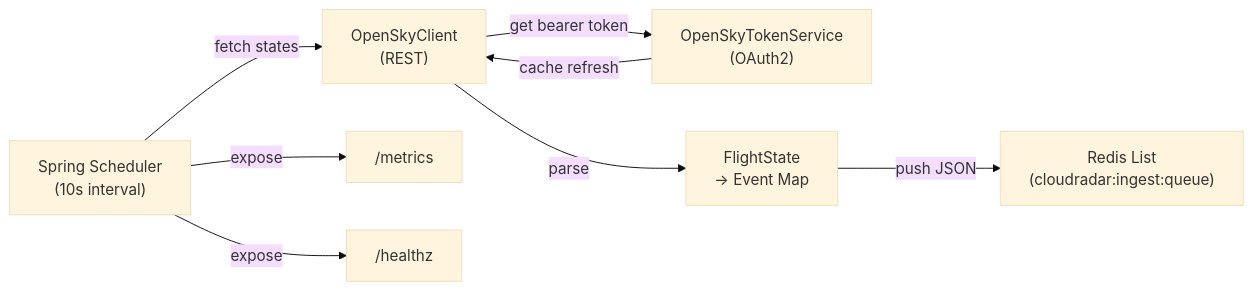
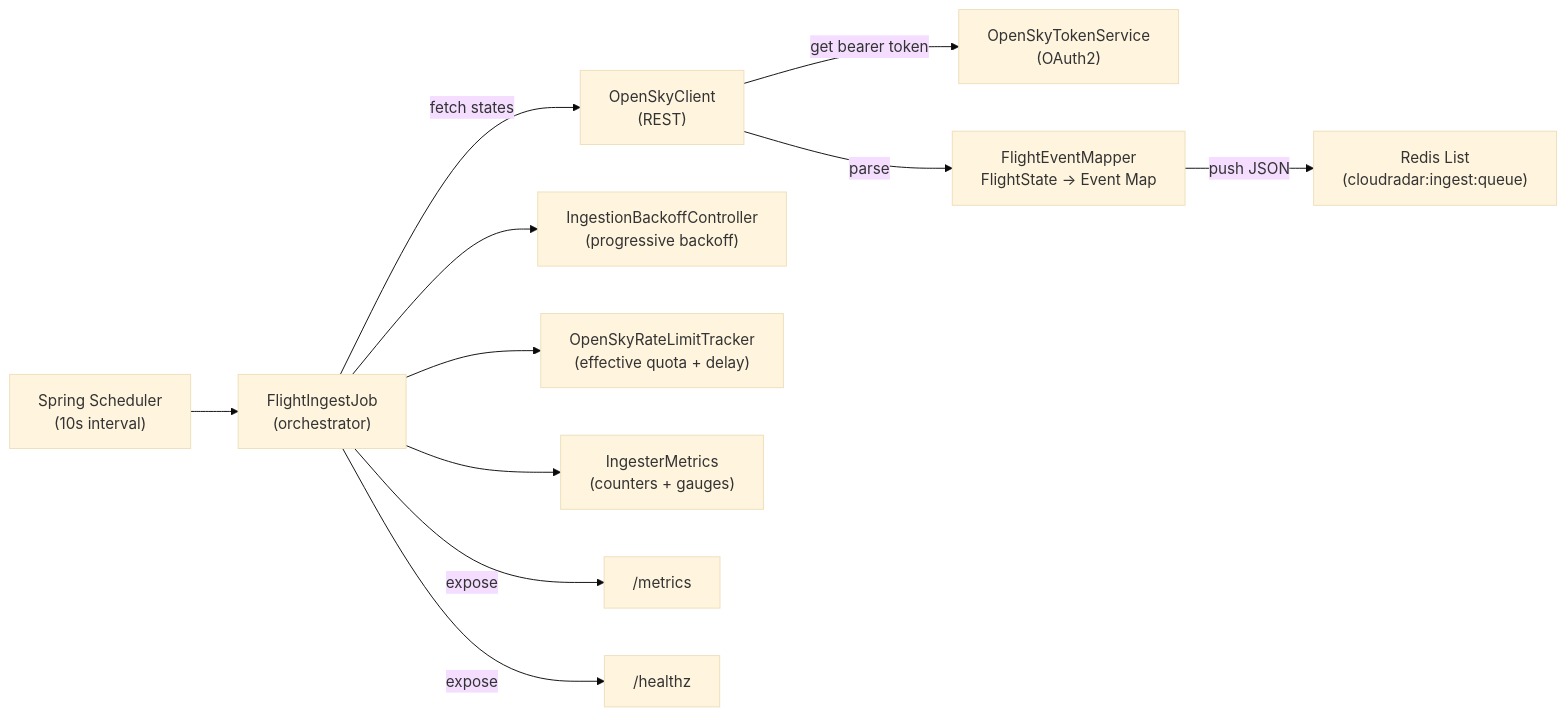
Before and after one commit to ClementV78/CloudRadar: the second of 8 diagrams in docs/architecture/application-architecture.md, drawn with Mermaid (base theme). The commit also changed other lines of this file and 25 other files, not shown here.

````diff
--- a/docs/architecture/application-architecture.md
+++ b/docs/architecture/application-architecture.md
@@ -70,16 +70,21 @@
 ```mermaid
 flowchart LR
-    Scheduler["Spring Scheduler<br/>(10s interval)"]
+    Scheduler["Spring Scheduler<br/>(10s interval)"] --> Job["FlightIngestJob<br/>(orchestrator)"]
     OpenSkyClient["OpenSkyClient<br/>(REST)"]
     TokenService["OpenSkyTokenService<br/>(OAuth2)"]
-    Mapping["FlightState<br/>→ Event Map"]
+    Mapping["FlightEventMapper<br/>FlightState → Event Map"]
+    Backoff["IngestionBackoffController<br/>(progressive backoff)"]
+    RateLimit["OpenSkyRateLimitTracker<br/>(effective quota + delay)"]
+    MetricsHelper["IngesterMetrics<br/>(counters + gauges)"]
     Redis["Redis List<br/>(cloudradar:ingest:queue)"]
     
-    Scheduler -->|fetch states| OpenSkyClient
+    Job -->|fetch states| OpenSkyClient
     OpenSkyClient -->|get bearer token| TokenService
-    TokenService -->|cache refresh| OpenSkyClient
     OpenSkyClient -->|parse| Mapping
+    Job --> Backoff
+    Job --> RateLimit
+    Job --> MetricsHelper
     Mapping -->|push JSON| Redis
-    Scheduler -->|expose| Metrics["/metrics"]
-    Scheduler -->|expose| Health["/healthz"]
+    Job -->|expose| Metrics["/metrics"]
+    Job -->|expose| Health["/healthz"]
 ```
````
